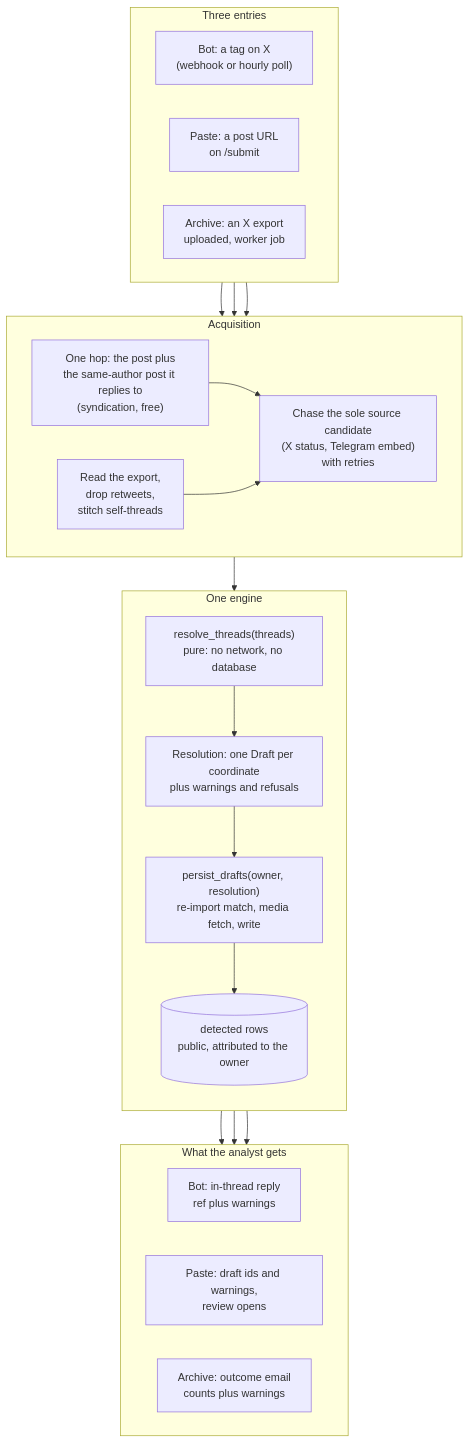
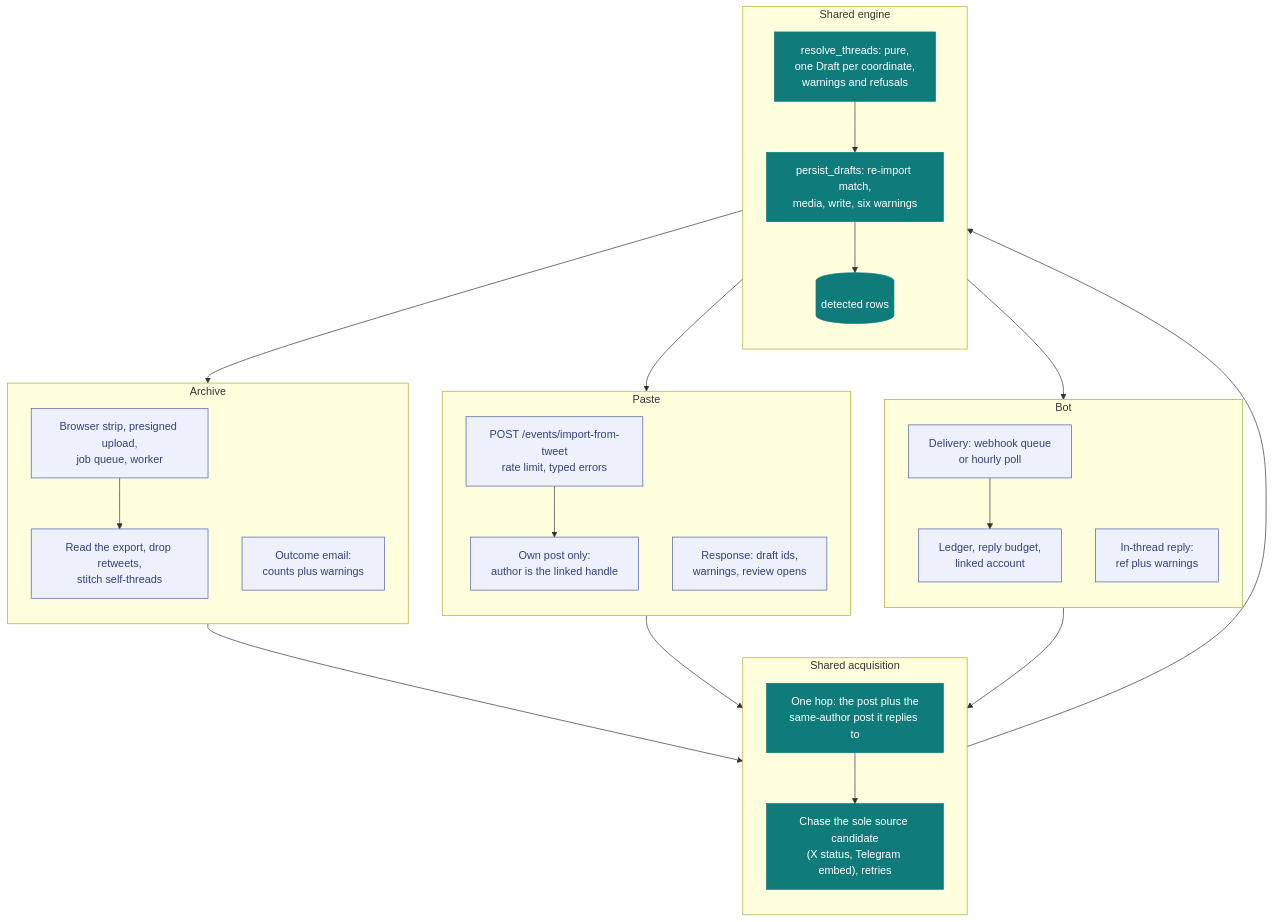
The diagram in docs/ingestion.md (vidithq/vidit), drawn with Mermaid before and after one commit.

Commit message:
docs(ingestion): the diagram reads as three lanes over the shared engine

````diff
--- a/docs/ingestion.md
+++ b/docs/ingestion.md
@@ -5,38 +5,44 @@
 ```mermaid
 flowchart TB
-  subgraph entries [Three entries]
-    direction LR
-    bot["Bot: a tag on X<br/>(webhook or hourly poll)"]
-    paste["Paste: a post URL<br/>on /submit"]
-    archive["Archive: an X export<br/>uploaded, worker job"]
+  classDef spec fill:#eef1fb,stroke:#4a5fa5,color:#33417a
+  classDef shared fill:#0f7b7a,stroke:#0f7b7a,color:#ffffff
+
+  subgraph botlane [Bot]
+    direction TB
+    b1["Delivery: webhook queue<br/>or hourly poll"]:::spec
+    b2["Ledger, reply budget,<br/>linked account"]:::spec
+    b3["In-thread reply:<br/>ref plus warnings"]:::spec
   end
-  subgraph acquire [Acquisition]
-    direction LR
-    onehop["One hop: the post plus<br/>the same-author post it replies to<br/>(syndication, free)"]
-    stitch["Read the export,<br/>drop retweets,<br/>stitch self-threads"]
-    chase["Chase the sole source candidate<br/>(X status, Telegram embed)<br/>with retries"]
+  subgraph pastelane [Paste]
+    direction TB
+    p1["POST /events/import-from-tweet<br/>rate limit, typed errors"]:::spec
+    p2["Own post only:<br/>author is the linked handle"]:::spec
+    p3["Response: draft ids,<br/>warnings, review opens"]:::spec
   end
-  subgraph engine [One engine]
+  subgraph archivelane [Archive]
     direction TB
-    resolve["resolve_threads(threads)<br/>pure: no network, no database"]
-    resolution["Resolution: one Draft per coordinate<br/>plus warnings and refusals"]
-    persist["persist_drafts(owner, resolution)<br/>re-import match, media fetch, write"]
-    rows[("detected rows<br/>public, attributed to the owner")]
+    a1["Browser strip, presigned upload,<br/>job queue, worker"]:::spec
+    a2["Read the export, drop retweets,<br/>stitch self-threads"]:::spec
+    a3["Outcome email:<br/>counts plus warnings"]:::spec
   end
-  subgraph feedback [What the analyst gets]
-    direction LR
-    reply["Bot: in-thread reply<br/>ref plus warnings"]
-    page["Paste: draft ids and warnings,<br/>review opens"]
-    email["Archive: outcome email<br/>counts plus warnings"]
+
+  subgraph acquire [Shared acquisition]
+    direction TB
+    hop["One hop: the post plus the<br/>same-author post it replies to"]:::shared
+    chase["Chase the sole source candidate<br/>(X status, Telegram embed), retries"]:::shared
   end
-  bot --> onehop
-  paste --> onehop
-  archive --> stitch
-  onehop --> chase
-  stitch --> chase
-  chase --> resolve
-  resolve --> resolution --> persist --> rows
-  persist --> reply
-  persist --> page
-  persist --> email
+  subgraph engine [Shared engine]
+    direction TB
+    resolve["resolve_threads: pure,<br/>one Draft per coordinate,<br/>warnings and refusals"]:::shared
+    persist["persist_drafts: re-import match,<br/>media, write, six warnings"]:::shared
+    rows[("detected rows")]:::shared
+  end
+
+  b1 --> b2 --> hop
+  p1 --> p2 --> hop
+  a1 --> a2 --> chase
+  hop --> chase --> resolve --> persist --> rows
+  persist --> b3
+  persist --> p3
+  persist --> a3
 ```
````
